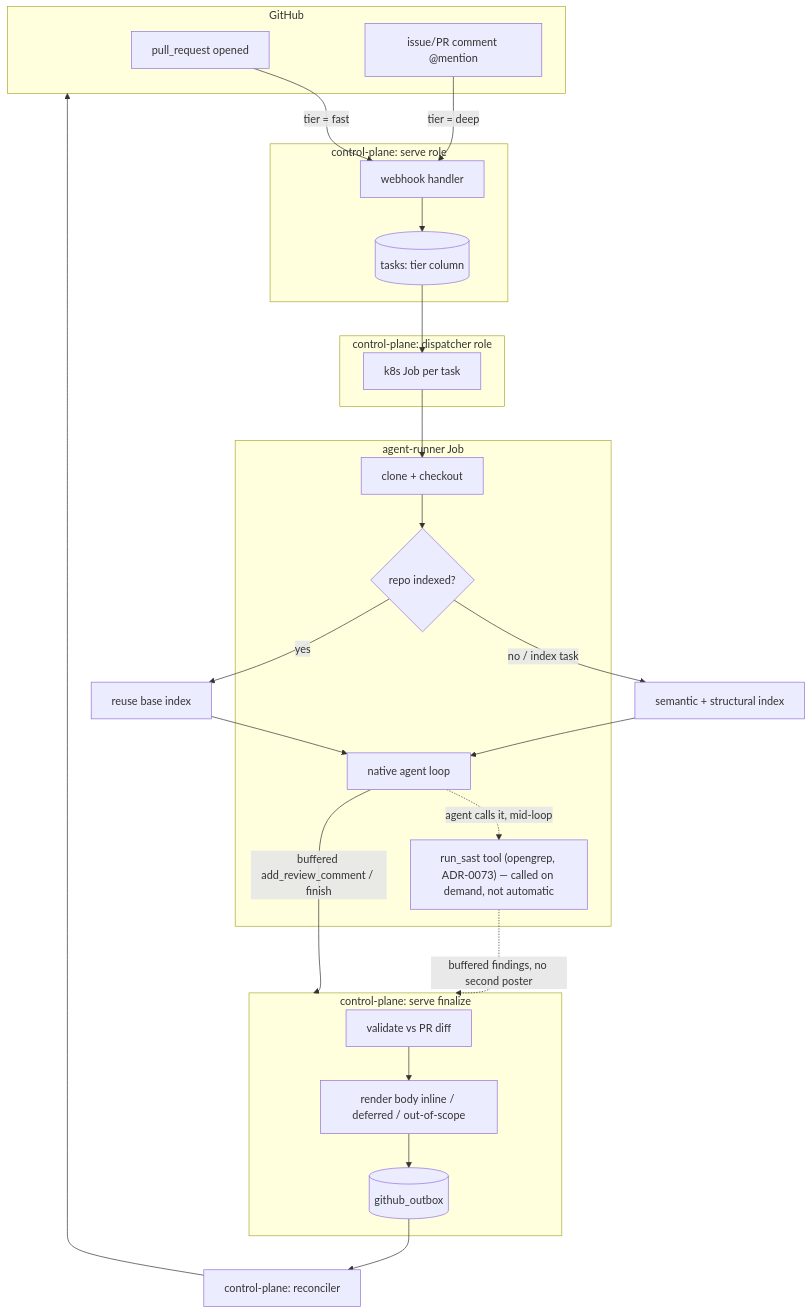
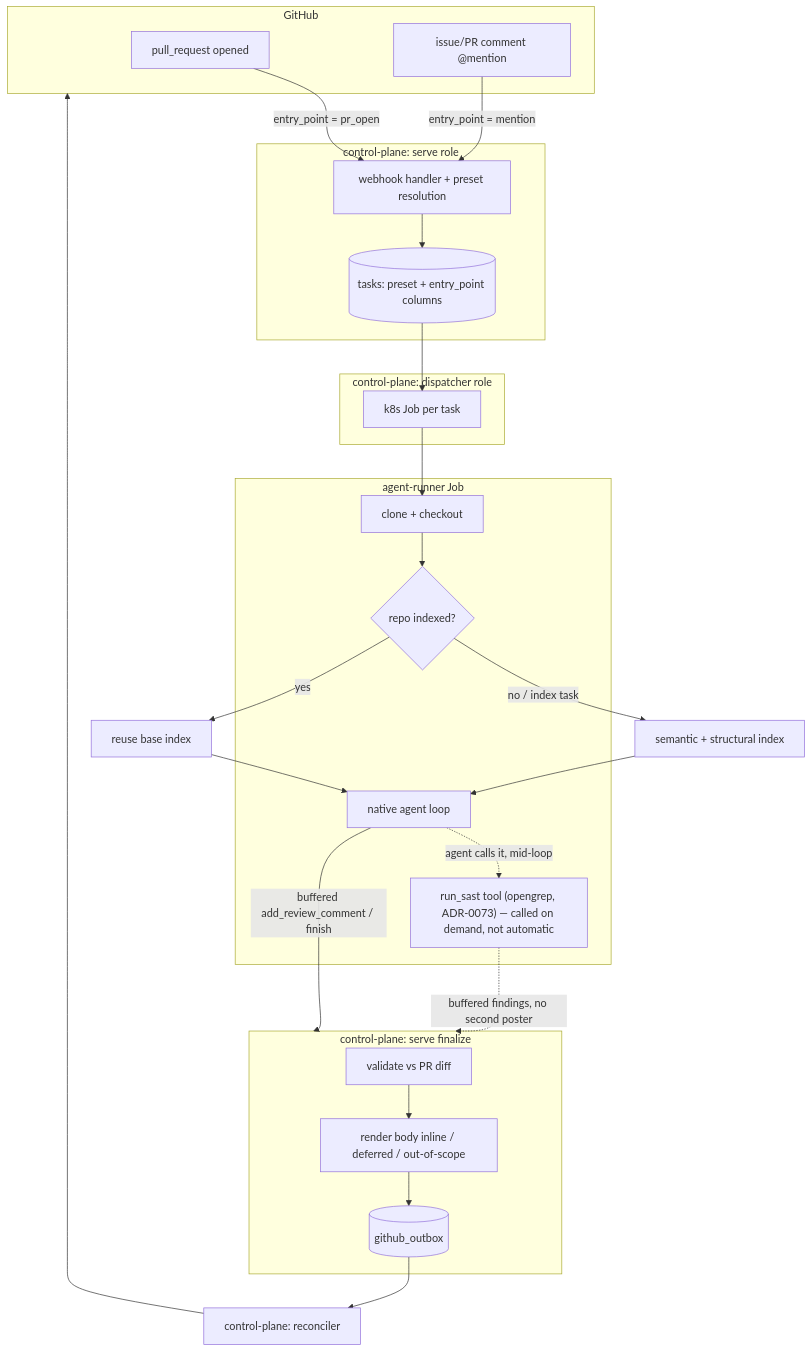
The diagram in docs/review-pipeline.md (ADORSYS-GIS/lightbridge-code-intelligence), drawn with Mermaid before and after one commit. The commit also changed other lines of this file and 5 other files, not shown here.

````diff
--- a/docs/review-pipeline.md
+++ b/docs/review-pipeline.md
@@ -25,38 +26,38 @@
 ```mermaid
 flowchart TD
     subgraph GH[GitHub]
         E1[pull_request opened]
         E2[issue/PR comment @mention]
     end
     subgraph CP[control-plane: serve role]
-        W[webhook handler]
-        T[(tasks: tier column)]
+        W[webhook handler + preset resolution]
+        T[(tasks: preset + entry_point columns)]
     end
     subgraph DISP[control-plane: dispatcher role]
         J[k8s Job per task]
     end
     subgraph RUN[agent-runner Job]
         CLONE[clone + checkout]
         IDX{repo indexed?}
         AGENT[native agent loop]
         SAST["run_sast tool (opengrep, ADR-0073) — called on demand, not automatic"]
     end
     subgraph FIN[control-plane: serve finalize]
         VAL[validate vs PR diff]
         SHAPE[render body inline / deferred / out-of-scope]
         OUT[(github_outbox)]
     end
     REC[control-plane: reconciler] --> GH
 
-    E1 -->|tier = fast| W
-    E2 -->|tier = deep| W
+    E1 -->|entry_point = pr_open| W
+    E2 -->|entry_point = mention| W
     W --> T --> J --> CLONE --> IDX
     IDX -->|no / index task| FULLIDX[semantic + structural index]
     IDX -->|yes| REUSE[reuse base index]
     FULLIDX --> AGENT
     REUSE --> AGENT
     AGENT -.->|agent calls it, mid-loop| SAST
     SAST -.->|buffered findings, no second poster| FIN
     AGENT -->|buffered add_review_comment / finish| FIN
     VAL --> SHAPE --> OUT --> REC
 ```
````
